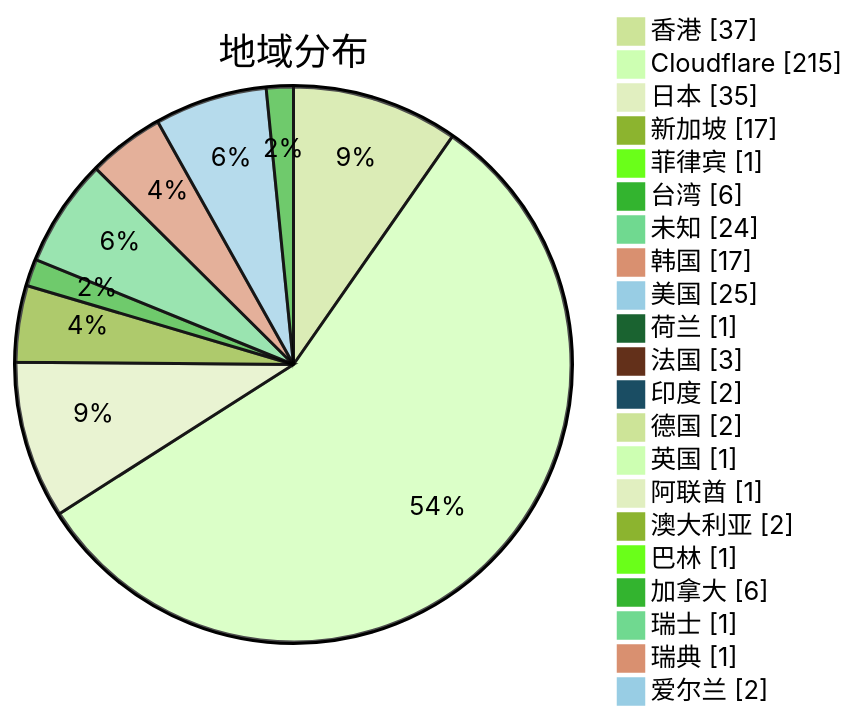
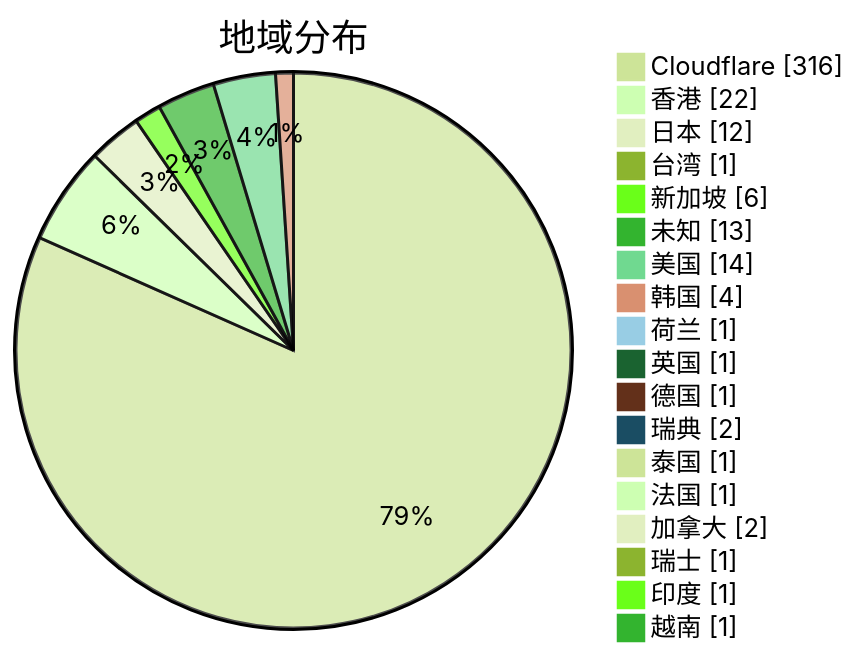
One commit to qjlxg/airport changed the second of 3 diagrams in subs/statistics/tested_within.md. Above: the diagram before and after it, drawn with Mermaid (forest theme). The commit also changed other lines of this file and 2 other files, not shown here.

Commit message:
Tested by metaST

````diff
--- a/subs/statistics/tested_within.md
+++ b/subs/statistics/tested_within.md
@@ -13,25 +15,22 @@
 ```mermaid
 pie showData
 title 地域分布
-"香港" : 37
-"Cloudflare" : 215
-"日本" : 35
-"新加坡" : 17
-"菲律宾" : 1
-"台湾" : 6
-"未知" : 24
-"韩国" : 17
-"美国" : 25
+"Cloudflare" : 316
+"香港" : 22
+"日本" : 12
+"台湾" : 1
+"新加坡" : 6
+"未知" : 13
+"美国" : 14
+"韩国" : 4
 "荷兰" : 1
-"法国" : 3
-"印度" : 2
-"德国" : 2
 "英国" : 1
-"阿联酋" : 1
-"澳大利亚" : 2
-"巴林" : 1
-"加拿大" : 6
+"德国" : 1
+"瑞典" : 2
+"泰国" : 1
+"法国" : 1
+"加拿大" : 2
 "瑞士" : 1
-"瑞典" : 1
-"爱尔兰" : 2
+"印度" : 1
+"越南" : 1
 ```
````
